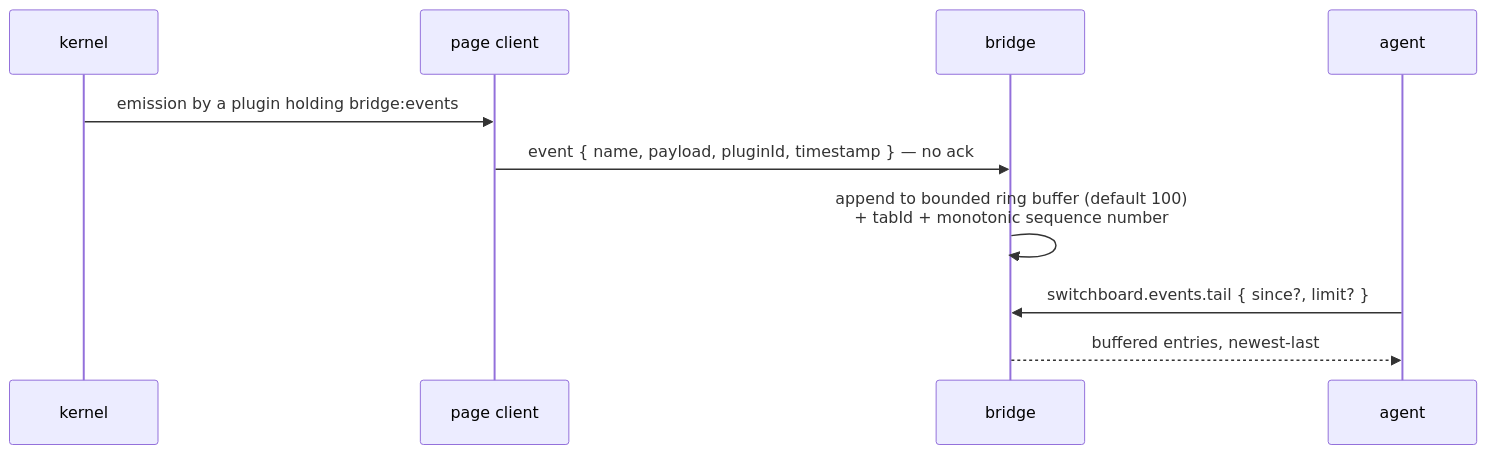
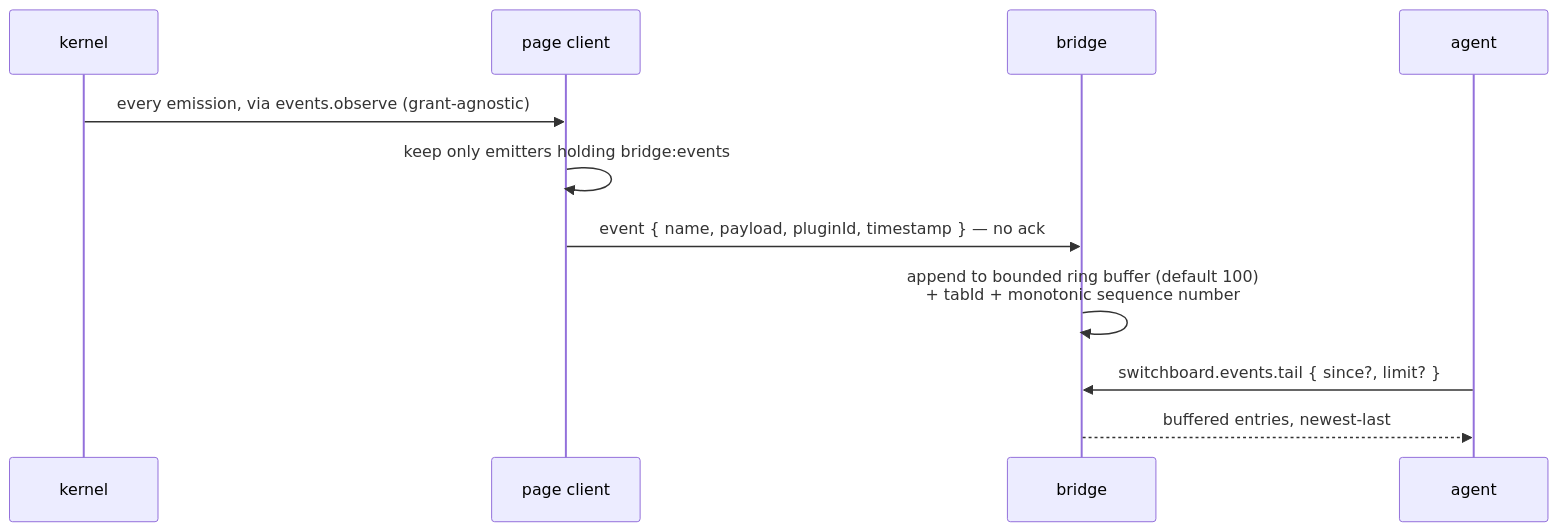
Before and after one commit to bitwhys/switchboard: the sixth of 6 diagrams in docs/architecture/bridge-flows.md, drawn with Mermaid. The commit also changed other lines of this file and 5 other files, not shown here.

````diff
--- a/docs/architecture/bridge-flows.md
+++ b/docs/architecture/bridge-flows.md
@@ -123,12 +123,13 @@
 ```mermaid
 sequenceDiagram
     participant K as kernel
     participant W as page client
     participant B as bridge
     participant A as agent
-    K->>W: emission by a plugin holding bridge:events
+    K->>W: every emission, via events.observe (grant-agnostic)
+    W->>W: keep only emitters holding bridge:events
     W->>B: event { name, payload, pluginId, timestamp } — no ack
     B->>B: append to bounded ring buffer (default 100)<br/>+ tabId + monotonic sequence number
     A->>B: switchboard.events.tail { since?, limit? }
     B-->>A: buffered entries, newest-last
 ```
````
